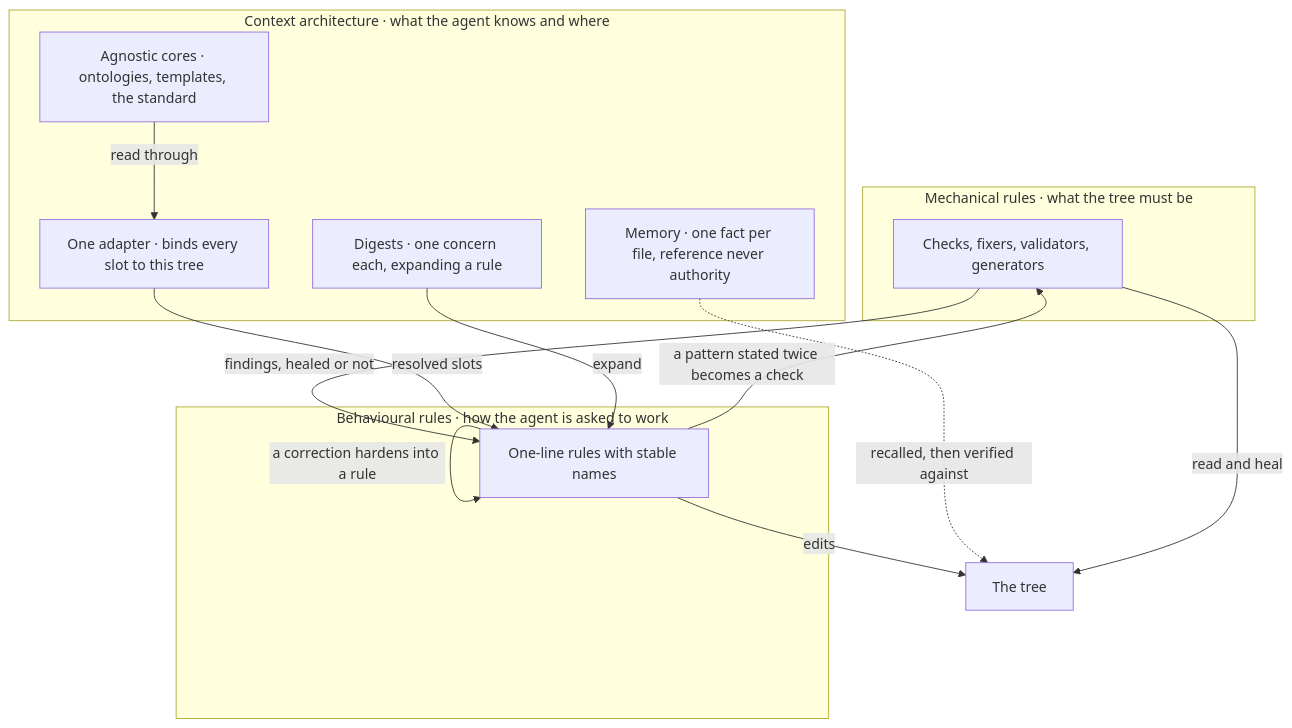
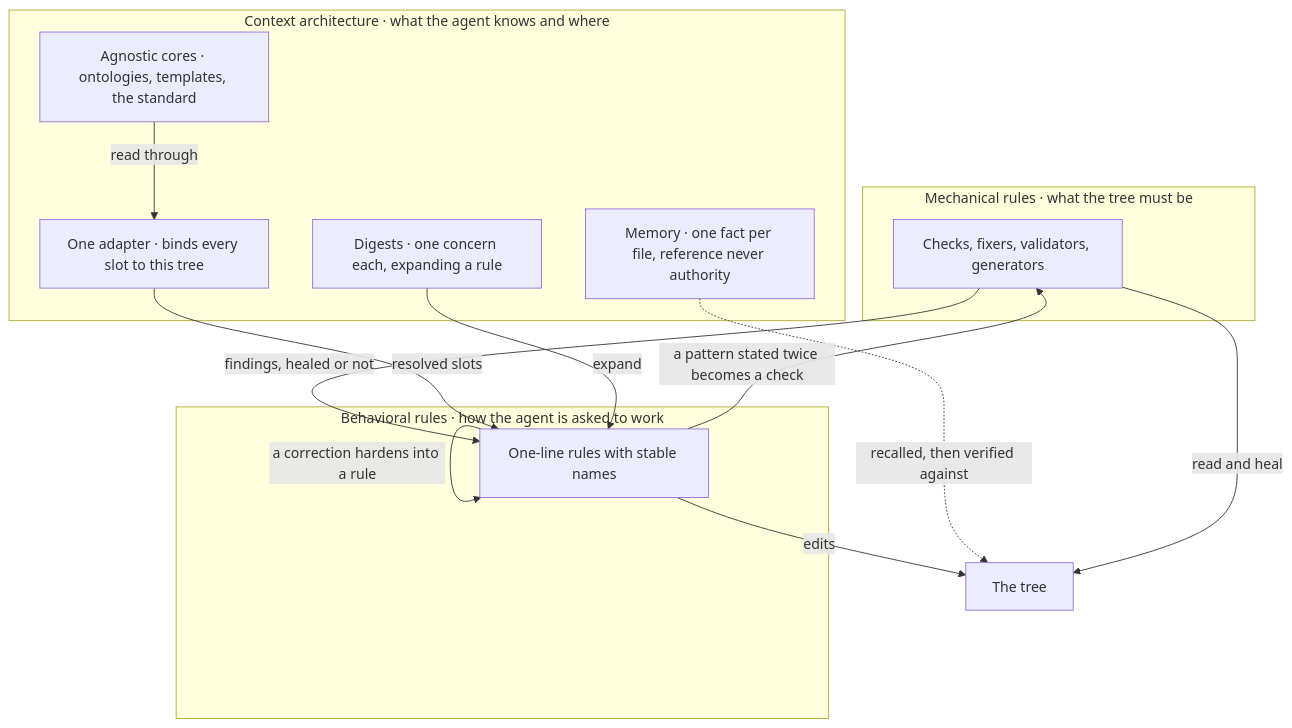
The seventh of 15 diagrams in START.md (Varietyz/Disciplined-AI-Software-Development), drawn with Mermaid before and after one commit. The commit also changed other lines of this file and 672 other files, not shown here.

````diff
--- a/START.md
+++ b/START.md
@@ -245,25 +245,25 @@
 ```mermaid
 flowchart TB
 subgraph mechanical["Mechanical rules · what the tree must be"]
 checks["Checks, fixers, validators, generators"]
 end
-subgraph behavioural["Behavioural rules · how the agent is asked to work"]
+subgraph behavioral["Behavioral rules · how the agent is asked to work"]
 policy["One-line rules with stable names"]
 end
 subgraph context["Context architecture · what the agent knows and where"]
 cores["Agnostic cores · ontologies, templates, the standard"]
 adapter["One adapter · binds every slot to this tree"]
 digests["Digests · one concern each, expanding a rule"]
 memory["Memory · one fact per file, reference never authority"]
 end
 tree["The tree"]
 checks -- findings, healed or not --> policy
 policy -- a correction hardens into a rule --> policy
 policy -- a pattern stated twice becomes a check --> checks
 cores -- read through --> adapter
 adapter -- resolved slots --> policy
 digests -- expand --> policy
 memory -. recalled, then verified against .-> tree
 checks -- read and heal --> tree
 policy -- edits --> tree
 ```
````
